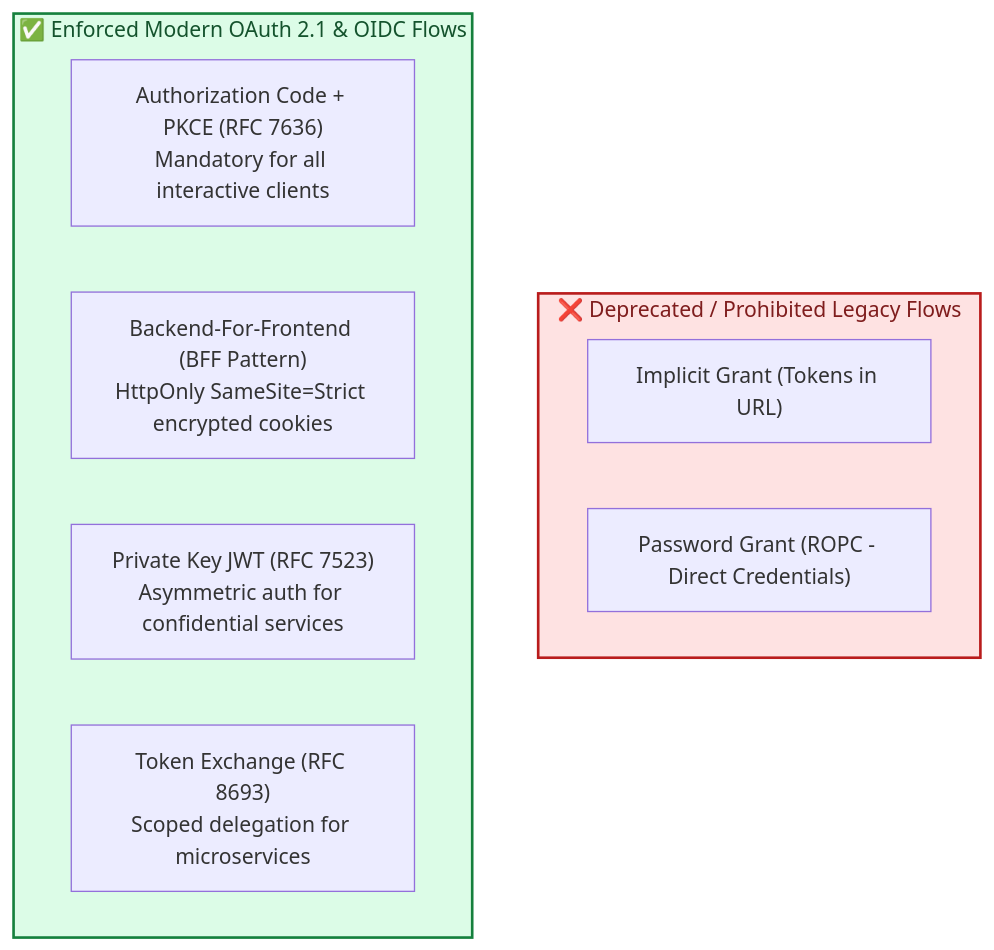
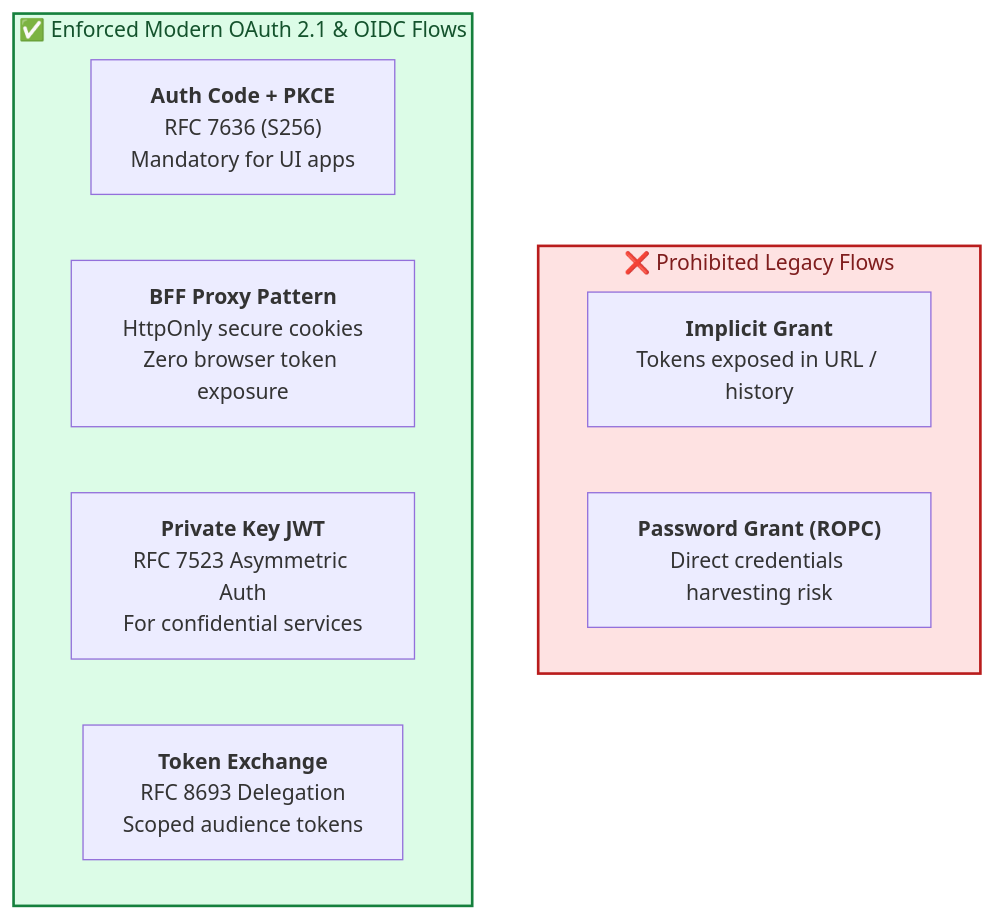
One commit to nubenetes/keycloak-openshift-2026 changed the third of 3 diagrams in README.md. Above: the diagram before and after it, drawn with Mermaid. The commit also changed other lines of this file and 11 other files, not shown here.

Commit message:
fix(docs): optimize Mermaid architecture and sequence diagrams with text-wrapped node labels and improved layout

````diff
--- a/README.md
+++ b/README.md
@@ -152,17 +150,17 @@
 ```mermaid
 graph TD
-    subgraph Prohibited_Legacy["❌ Deprecated / Prohibited Legacy Flows"]
-        Imp["Implicit Grant (Tokens in URL)"]
-        ROPC["Password Grant (ROPC - Direct Credentials)"]
+    subgraph Prohibited["❌ Prohibited Legacy Flows"]
+        Imp["<b>Implicit Grant</b><br/>Tokens exposed in URL / history"]
+        ROPC["<b>Password Grant (ROPC)</b><br/>Direct credentials harvesting risk"]
     end
 
-    subgraph Modern_OAuth21["✅ Enforced Modern OAuth 2.1 & OIDC Flows"]
-        PKCE["Authorization Code + PKCE (RFC 7636)<br/>Mandatory for all interactive clients"]
-        BFF["Backend-For-Frontend (BFF Pattern)<br/>HttpOnly SameSite=Strict encrypted cookies"]
-        PrivKey["Private Key JWT (RFC 7523)<br/>Asymmetric auth for confidential services"]
-        TokEx["Token Exchange (RFC 8693)<br/>Scoped delegation for microservices"]
+    subgraph Modern["✅ Enforced Modern OAuth 2.1 & OIDC Flows"]
+        PKCE["<b>Auth Code + PKCE</b><br/>RFC 7636 (S256)<br/>Mandatory for UI apps"]
+        BFF["<b>BFF Proxy Pattern</b><br/>HttpOnly secure cookies<br/>Zero browser token exposure"]
+        PrivKey["<b>Private Key JWT</b><br/>RFC 7523 Asymmetric Auth<br/>For confidential services"]
+        TokEx["<b>Token Exchange</b><br/>RFC 8693 Delegation<br/>Scoped audience tokens"]
     end
 
-    style Prohibited_Legacy fill:#fee2e2,stroke:#b91c1c,stroke-width:2px,color:#7f1d1d;
-    style Modern_OAuth21 fill:#dcfce7,stroke:#15803d,stroke-width:2px,color:#14532d;
+    style Prohibited fill:#fee2e2,stroke:#b91c1c,stroke-width:2px,color:#7f1d1d;
+    style Modern fill:#dcfce7,stroke:#15803d,stroke-width:2px,color:#14532d;
 ```
````
